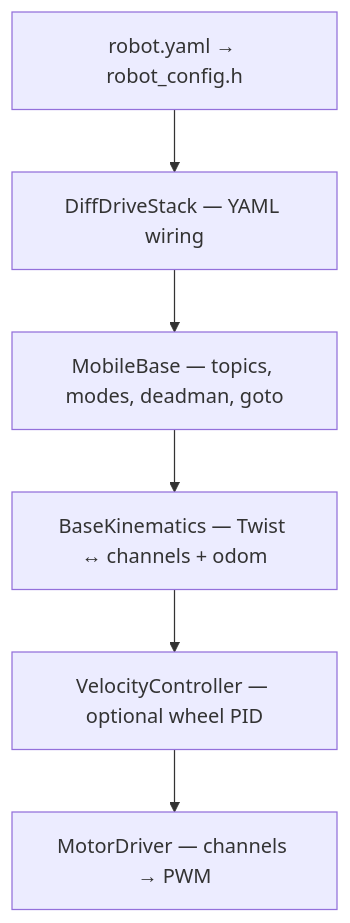
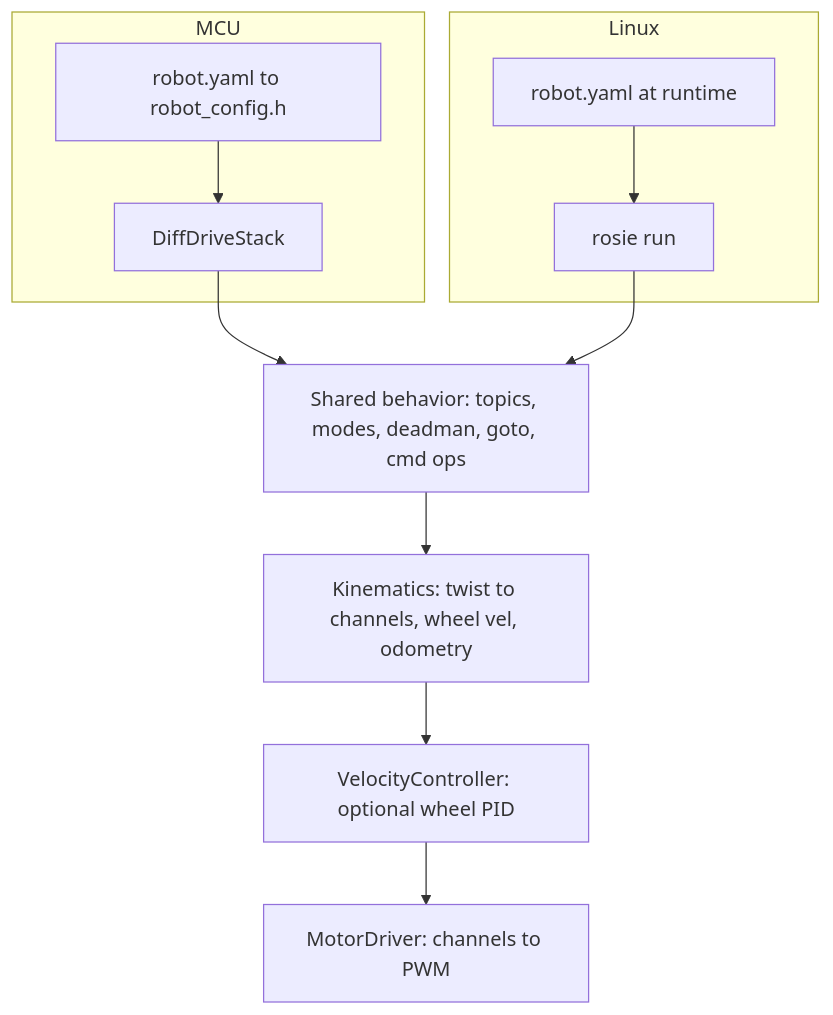
Before and after one commit to rosie-framework/rosie: the diagram in docs/robots/mobile-base.md, drawn with Mermaid. The commit also changed other lines of this file and 52 other files, not shown here.

First line of the commit message:
Add VL53 ToF range support, Linux camera parity, and categorized run drivers.

````diff
--- a/docs/robots/mobile-base.md
+++ b/docs/robots/mobile-base.md
@@ -12,15 +13,18 @@
 ```mermaid
 flowchart TB
-  yaml["robot.yaml → robot_config.h"]
-  stack["DiffDriveStack — YAML wiring"]
-  mb["MobileBase — topics, modes, deadman, goto"]
-  kin["BaseKinematics — Twist ↔ channels + odom"]
-  vel["VelocityController — optional wheel PID"]
-  motors["MotorDriver — channels → PWM"]
-
-  yaml --> stack
-  stack --> mb
-  mb --> kin
-  kin --> vel
-  vel --> motors
+  subgraph mcu [MCU]
+    yamlM["robot.yaml to robot_config.h"]
+    stack["DiffDriveStack"]
+  end
+  subgraph linux [Linux]
+    yamlL["robot.yaml at runtime"]
+    run["rosie run"]
+  end
+  shared["Shared behavior: topics, modes, deadman, goto, cmd ops"]
+  kin["Kinematics: twist to channels, wheel vel, odometry"]
+  vel["VelocityController: optional wheel PID"]
+  motors["MotorDriver: channels to PWM"]
+  yamlM --> stack --> shared
+  yamlL --> run --> shared
+  shared --> kin --> vel --> motors
 ```
````
